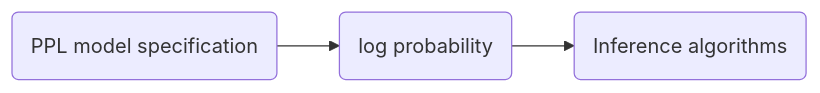
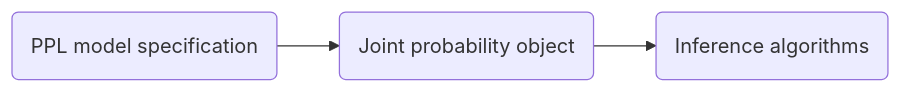
Diagram 16 of 17 in lectures/abm4.qmd (bonStats/mash-abm), drawn with Mermaid before and after one commit. The commit also changed other lines of this file and 22 other files, not shown here.

````diff
--- a/lectures/abm4.qmd
+++ b/lectures/abm4.qmd
@@ -436,6 +437,6 @@
 ```{mermaid}
 %%| fig-align: center
 flowchart LR
-  A(PPL model specification) --> B(log probability)
+  A(PPL model specification) --> B(Joint probability object)
   B --> C(Inference algorithms)
 ```
````
